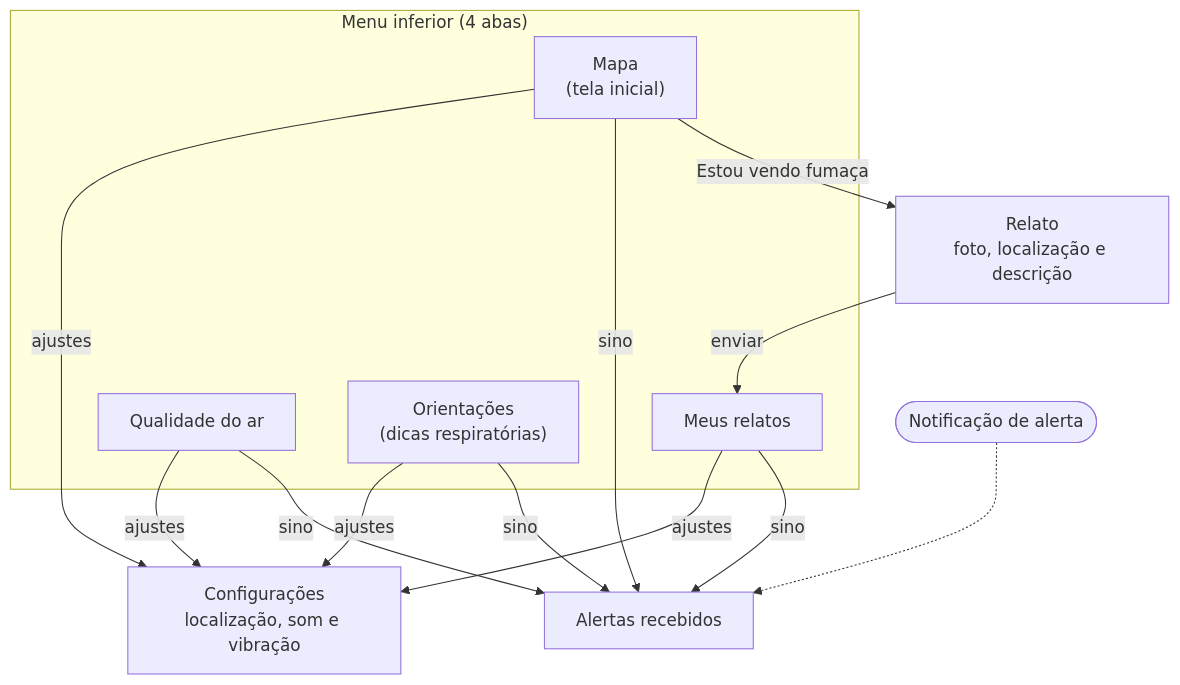
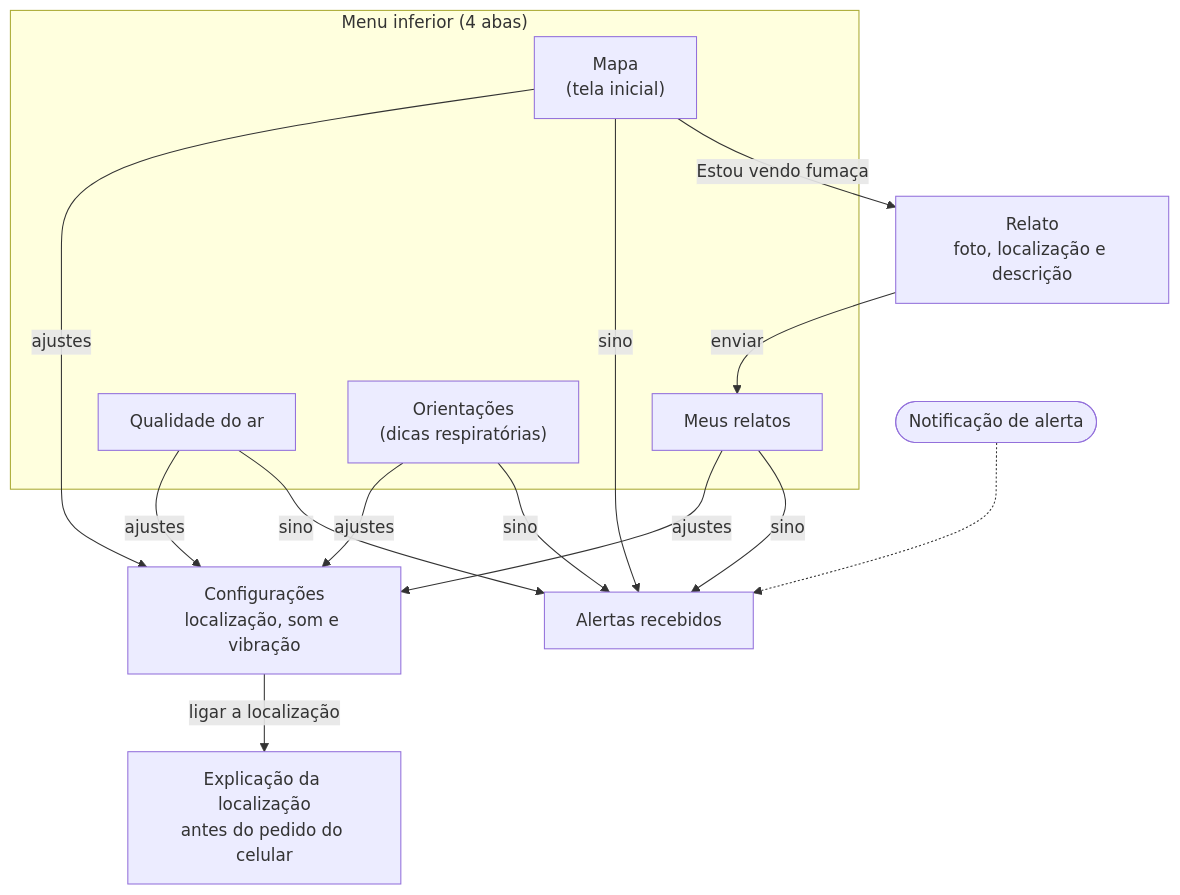
One commit to OldDeux/QueimadaZero changed the diagram in docs/navegacao.md. Above: the diagram before and after it, drawn with Mermaid. The commit also changed other lines of this file and 3 other files, not shown here.

````diff
--- a/docs/navegacao.md
+++ b/docs/navegacao.md
@@ -7,17 +7,18 @@
 ```mermaid
 flowchart TD
     subgraph Menu["Menu inferior (4 abas)"]
         Mapa["Mapa<br/>(tela inicial)"]
         Relatos["Meus relatos"]
         Ar["Qualidade do ar"]
         Dicas["Orientações<br/>(dicas respiratórias)"]
     end
 
     Mapa -- "Estou vendo fumaça" --> Relatar["Relato<br/>foto, localização e descrição"]
     Relatar -- enviar --> Relatos
 
     Mapa & Relatos & Ar & Dicas -- sino --> Alertas["Alertas recebidos"]
     Mapa & Relatos & Ar & Dicas -- ajustes --> Config["Configurações<br/>localização, som e vibração"]
+    Config -- "ligar a localização" --> Permissao["Explicação da localização<br/>antes do pedido do celular"]
 
     Notificacao(["Notificação de alerta"]) -.-> Alertas
 ```
````
